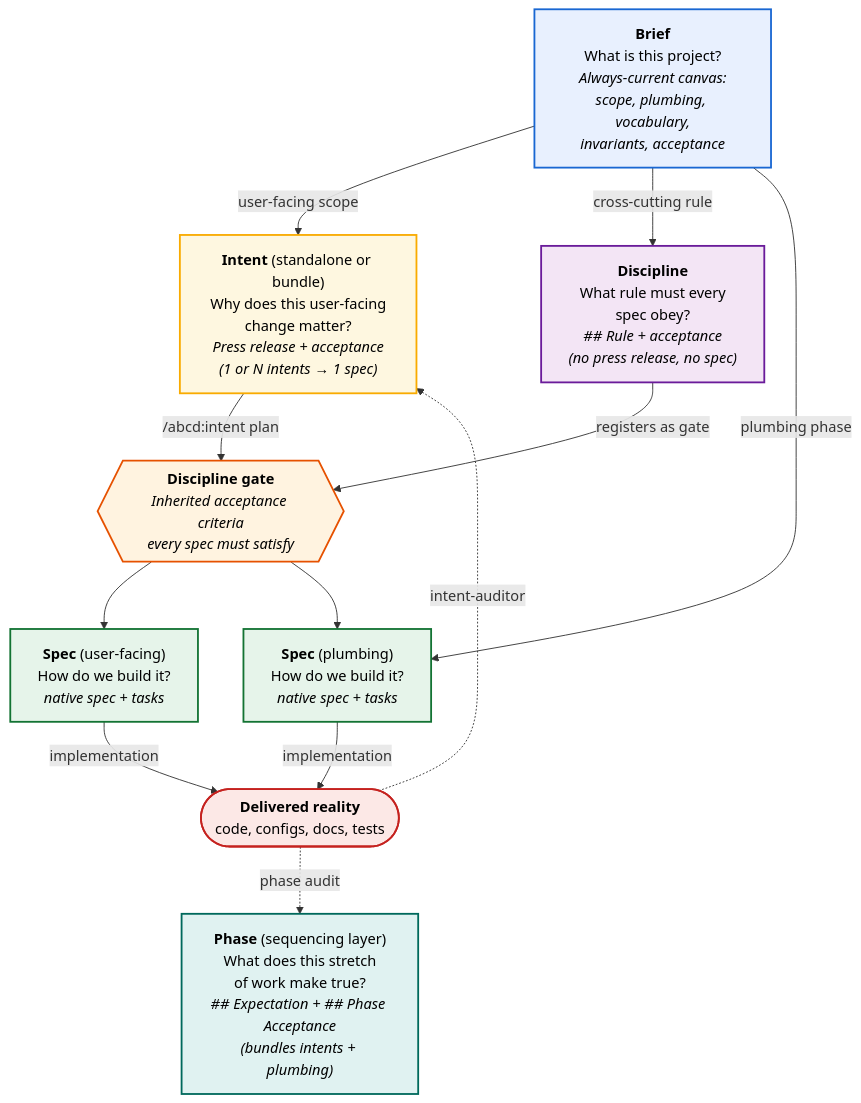
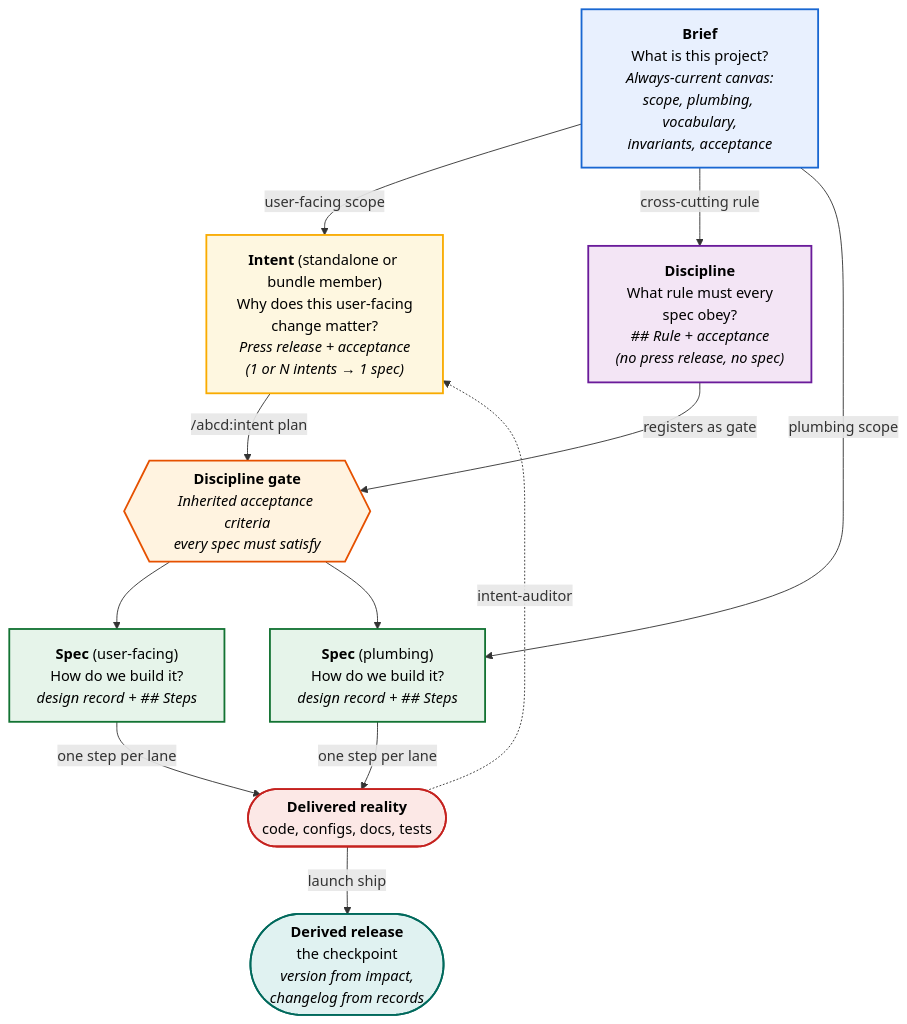
The diagram in .abcd/development/brief/01-product/03-mental-model.md (intentdriven/abcd), drawn with Mermaid before and after one commit. The commit also changed other lines of this file and 3 other files, not shown here.

First line of the commit message:
docs(brief): the mental model opens with brief, intent and spec

````diff
--- a/.abcd/development/brief/01-product/03-mental-model.md
+++ b/.abcd/development/brief/01-product/03-mental-model.md
@@ -7,48 +5,48 @@
 ```mermaid
 flowchart TD
     Brief["<b>Brief</b><br/>What is this project?<br/><i>Always-current canvas:<br/>scope, plumbing, vocabulary,<br/>invariants, acceptance</i>"]
 
     Brief -->|user-facing scope| Intent
     Brief -->|cross-cutting rule| IntentDiscipline
-    Brief -->|plumbing phase| SpecPlumbing
+    Brief -->|plumbing scope| SpecPlumbing
 
-    Intent["<b>Intent</b> (standalone or bundle)<br/>Why does this user-facing<br/>change matter?<br/><i>Press release + acceptance<br/>(1 or N intents → 1 spec)</i>"]
+    Intent["<b>Intent</b> (standalone or bundle member)<br/>Why does this user-facing<br/>change matter?<br/><i>Press release + acceptance<br/>(1 or N intents → 1 spec)</i>"]
     IntentDiscipline["<b>Discipline</b><br/>What rule must every<br/>spec obey?<br/><i>## Rule + acceptance<br/>(no press release, no spec)</i>"]
 
     Intent -->|/abcd:intent plan| Gate
     IntentDiscipline -->|registers as gate| Gate
 
     Gate{{"<b>Discipline gate</b><br/><i>Inherited acceptance criteria<br/>every spec must satisfy</i>"}}
 
     Gate --> SpecUserFacing
     Gate --> SpecPlumbing
 
-    SpecUserFacing["<b>Spec</b> (user-facing)<br/>How do we build it?<br/><i>native spec + tasks</i>"]
-    SpecPlumbing["<b>Spec</b> (plumbing)<br/>How do we build it?<br/><i>native spec + tasks</i>"]
+    SpecUserFacing["<b>Spec</b> (user-facing)<br/>How do we build it?<br/><i>design record + ## Steps</i>"]
+    SpecPlumbing["<b>Spec</b> (plumbing)<br/>How do we build it?<br/><i>design record + ## Steps</i>"]
 
-    SpecUserFacing -->|implementation| Reality
-    SpecPlumbing -->|implementation| Reality
+    SpecUserFacing -->|one step per lane| Reality
+    SpecPlumbing -->|one step per lane| Reality
 
     Reality(["<b>Delivered reality</b><br/>code, configs, docs, tests"])
 
-    Phase["<b>Phase</b> (sequencing layer)<br/>What does this stretch<br/>of work make true?<br/><i>## Expectation + ## Phase Acceptance<br/>(bundles intents + plumbing)</i>"]
+    Release(["<b>Derived release</b><br/>the checkpoint<br/><i>version from impact,<br/>changelog from records</i>"])
 
     Reality -.->|intent-auditor| Intent
-    Reality -.->|phase audit| Phase
+    Reality -->|launch ship| Release
 
     classDef briefStyle fill:#e8f0fe,stroke:#1967d2,stroke-width:2px,color:#000
     classDef intentStyle fill:#fef7e0,stroke:#f9ab00,stroke-width:2px,color:#000
     classDef disciplineStyle fill:#f3e5f5,stroke:#6a1b9a,stroke-width:2px,color:#000
     classDef gateStyle fill:#fff3e0,stroke:#e65100,stroke-width:2px,color:#000
     classDef specStyle fill:#e6f4ea,stroke:#137333,stroke-width:2px,color:#000
     classDef realityStyle fill:#fce8e6,stroke:#c5221f,stroke-width:2px,color:#000
-    classDef phaseStyle fill:#e0f2f1,stroke:#00695c,stroke-width:2px,color:#000
+    classDef releaseStyle fill:#e0f2f1,stroke:#00695c,stroke-width:2px,color:#000
 
     class Brief briefStyle
     class Intent intentStyle
     class IntentDiscipline disciplineStyle
     class Gate gateStyle
     class SpecUserFacing,SpecPlumbing specStyle
     class Reality realityStyle
-    class Phase phaseStyle
+    class Release releaseStyle
 ```
````
